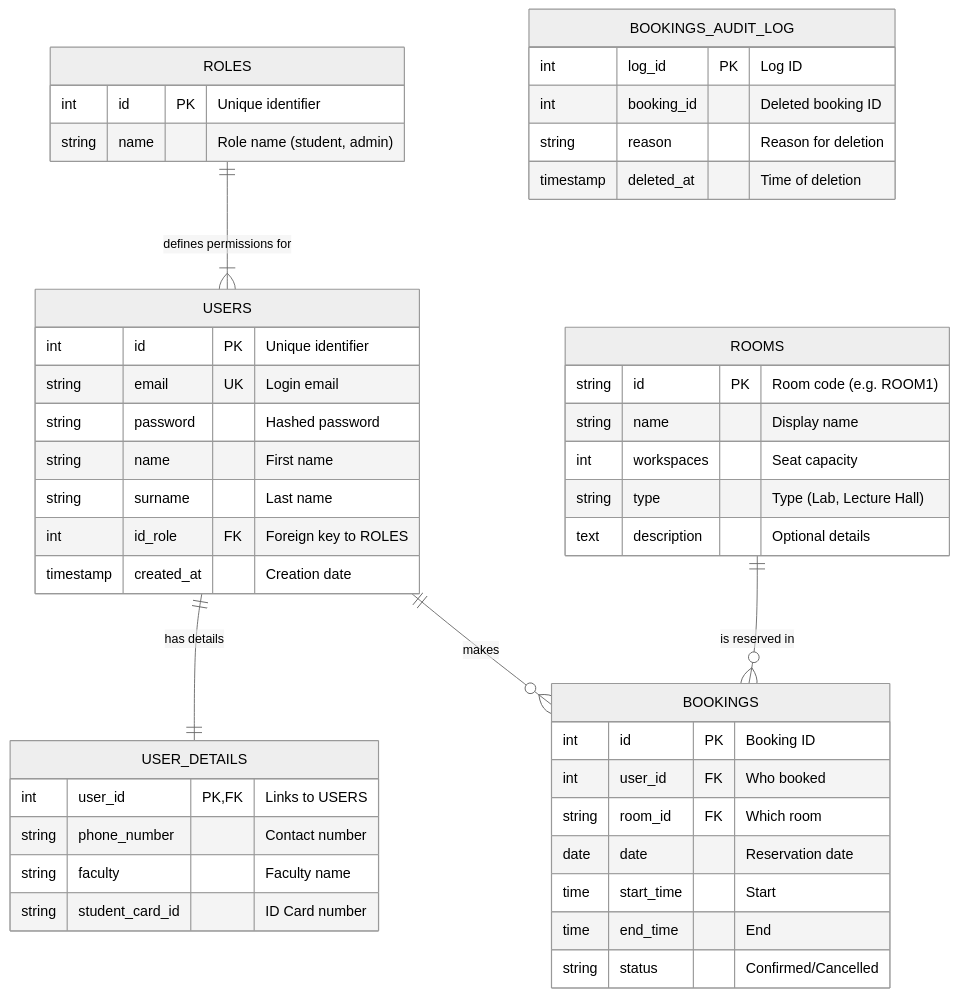
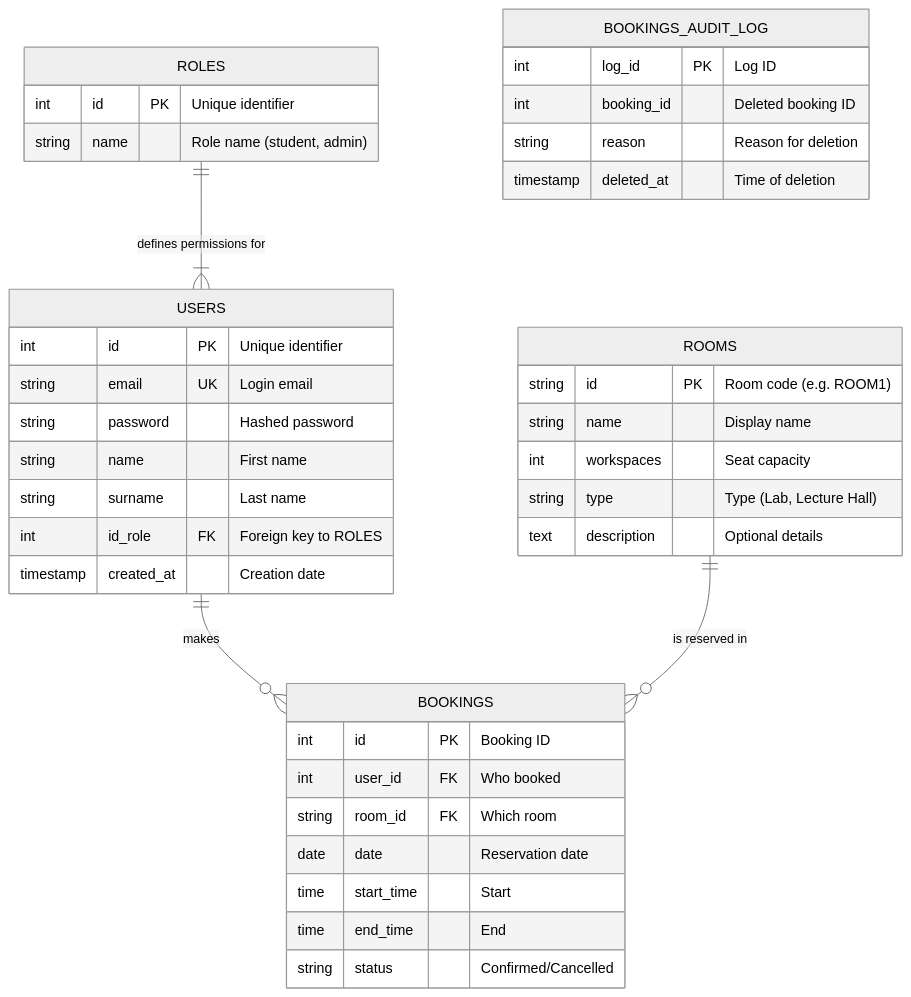
Before and after one commit to styliana/SPOT: the second of 2 diagrams in README.md, drawn with Mermaid (neutral theme). The commit also changed other lines of this file, not shown here.

````diff
--- a/README.md
+++ b/README.md
@@ -53,55 +71,47 @@
 ```mermaid
 erDiagram
     ROLES {
         int id PK "Unique identifier"
         string name "Role name (student, admin)"
     }
 
     USERS {
         int id PK "Unique identifier"
         string email UK "Login email"
         string password "Hashed password"
         string name "First name"
         string surname "Last name"
         int id_role FK "Foreign key to ROLES"
         timestamp created_at "Creation date"
-    }
-
-    USER_DETAILS {
-        int user_id PK,FK "Links to USERS"
-        string phone_number "Contact number"
-        string faculty "Faculty name"
-        string student_card_id "ID Card number"
     }
 
     ROOMS {
         string id PK "Room code (e.g. ROOM1)"
         string name "Display name"
         int workspaces "Seat capacity"
         string type "Type (Lab, Lecture Hall)"
         text description "Optional details"
     }
 
     BOOKINGS {
         int id PK "Booking ID"
         int user_id FK "Who booked"
         string room_id FK "Which room"
         date date "Reservation date"
         time start_time "Start"
         time end_time "End"
         string status "Confirmed/Cancelled"
     }
 
     BOOKINGS_AUDIT_LOG {
         int log_id PK "Log ID"
         int booking_id "Deleted booking ID"
         string reason "Reason for deletion"
         timestamp deleted_at "Time of deletion"
     }
 
     %% Relacje
     ROLES ||--|{ USERS : "defines permissions for"
-    USERS ||--|| USER_DETAILS : "has details"
     USERS ||--o{ BOOKINGS : "makes"
     ROOMS ||--o{ BOOKINGS : "is reserved in"
 ```
````
